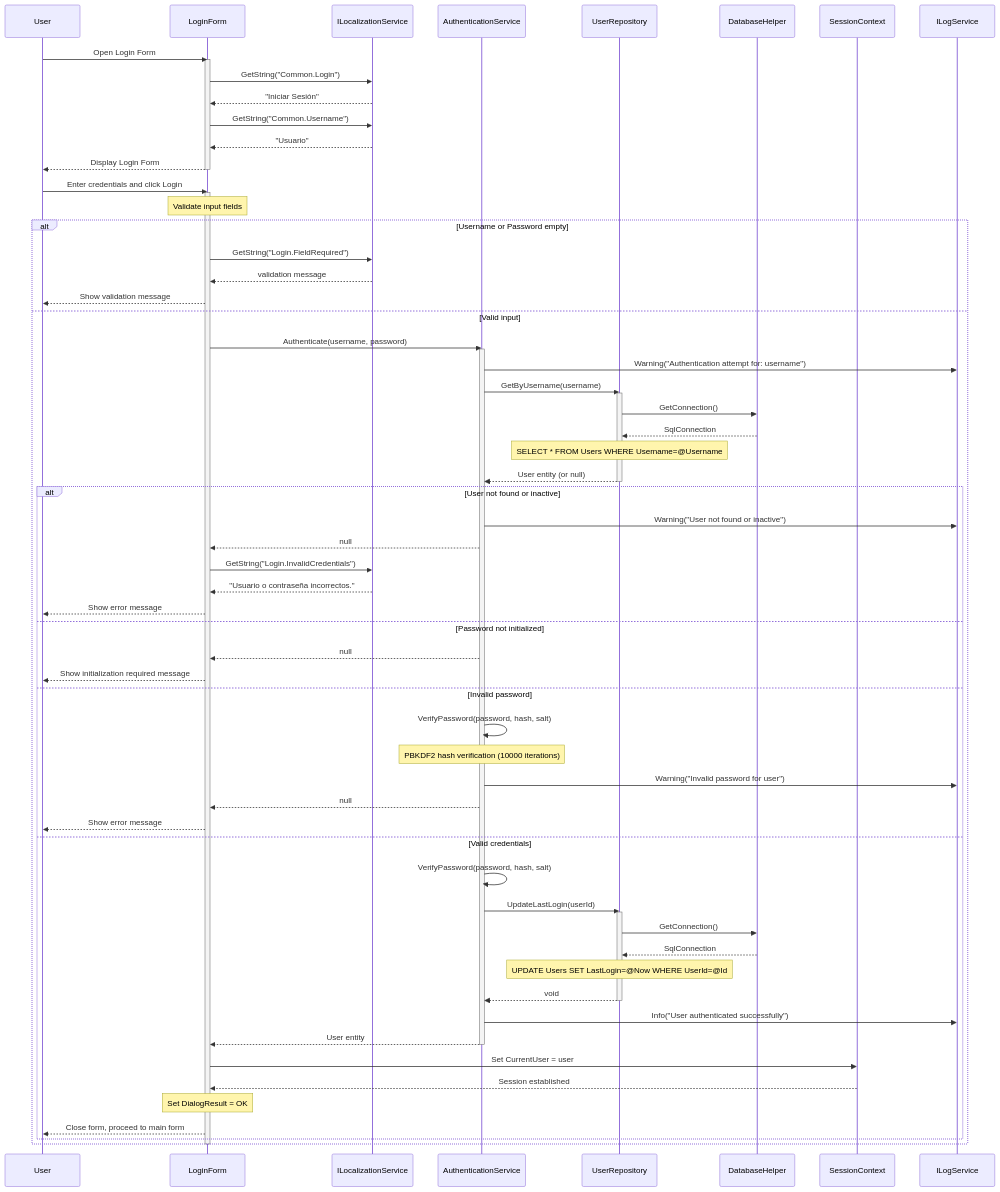
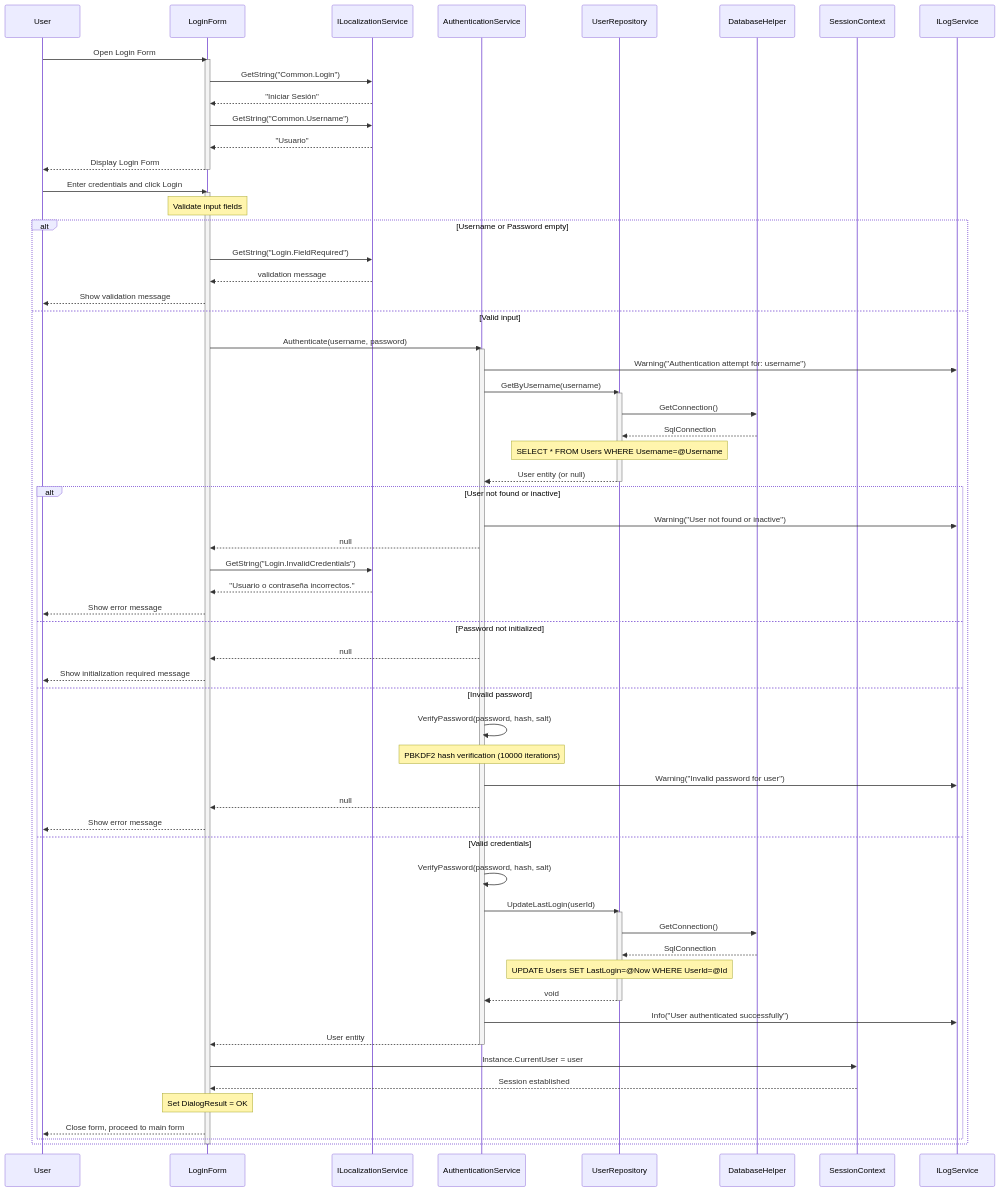
The first of 2 diagrams in Documentation/UML_Diagrams/02_Login_Process_Sequence_Diagram.md (nahuk86/tp_diploma_nk_2026), drawn with Mermaid before and after one commit. The commit also changed 7 other files, not shown here.

Commit message:
docs: update UML diagrams to reflect code refactoring

````diff
--- a/Documentation/UML_Diagrams/02_Login_Process_Sequence_Diagram.md
+++ b/Documentation/UML_Diagrams/02_Login_Process_Sequence_Diagram.md
@@ -9,74 +9,74 @@
 ```mermaid
 sequenceDiagram
     participant User as User
     participant UI as LoginForm
     participant Loc as ILocalizationService
     participant Auth as AuthenticationService
     participant UserRepo as UserRepository
     participant DB as DatabaseHelper
     participant Session as SessionContext
     participant Log as ILogService
 
     User->>UI: Open Login Form
     activate UI
     UI->>Loc: GetString("Common.Login")
     Loc-->>UI: "Iniciar Sesión"
     UI->>Loc: GetString("Common.Username")
     Loc-->>UI: "Usuario"
     UI-->>User: Display Login Form
     deactivate UI
 
     User->>UI: Enter credentials and click Login
     activate UI
     Note over UI: Validate input fields
     alt Username or Password empty
         UI->>Loc: GetString("Login.FieldRequired")
         Loc-->>UI: validation message
         UI-->>User: Show validation message
     else Valid input
         UI->>Auth: Authenticate(username, password)
         activate Auth
         Auth->>Log: Warning("Authentication attempt for: username")
         Auth->>UserRepo: GetByUsername(username)
         activate UserRepo
         UserRepo->>DB: GetConnection()
         DB-->>UserRepo: SqlConnection
         Note over UserRepo: SELECT * FROM Users WHERE Username=@Username
         UserRepo-->>Auth: User entity (or null)
         deactivate UserRepo
 
         alt User not found or inactive
             Auth->>Log: Warning("User not found or inactive")
             Auth-->>UI: null
             UI->>Loc: GetString("Login.InvalidCredentials")
             Loc-->>UI: "Usuario o contraseña incorrectos."
             UI-->>User: Show error message
         else Password not initialized
             Auth-->>UI: null
             UI-->>User: Show initialization required message
         else Invalid password
             Auth->>Auth: VerifyPassword(password, hash, salt)
             Note over Auth: PBKDF2 hash verification (10000 iterations)
             Auth->>Log: Warning("Invalid password for user")
             Auth-->>UI: null
             UI-->>User: Show error message
         else Valid credentials
             Auth->>Auth: VerifyPassword(password, hash, salt)
             Auth->>UserRepo: UpdateLastLogin(userId)
             activate UserRepo
             UserRepo->>DB: GetConnection()
             DB-->>UserRepo: SqlConnection
             Note over UserRepo: UPDATE Users SET LastLogin=@Now WHERE UserId=@Id
             UserRepo-->>Auth: void
             deactivate UserRepo
             Auth->>Log: Info("User authenticated successfully")
             Auth-->>UI: User entity
             deactivate Auth
-            UI->>Session: Set CurrentUser = user
+            UI->>Session: Instance.CurrentUser = user
             Session-->>UI: Session established
             Note over UI: Set DialogResult = OK
             UI-->>User: Close form, proceed to main form
         end
     end
     deactivate UI
 ```
````
